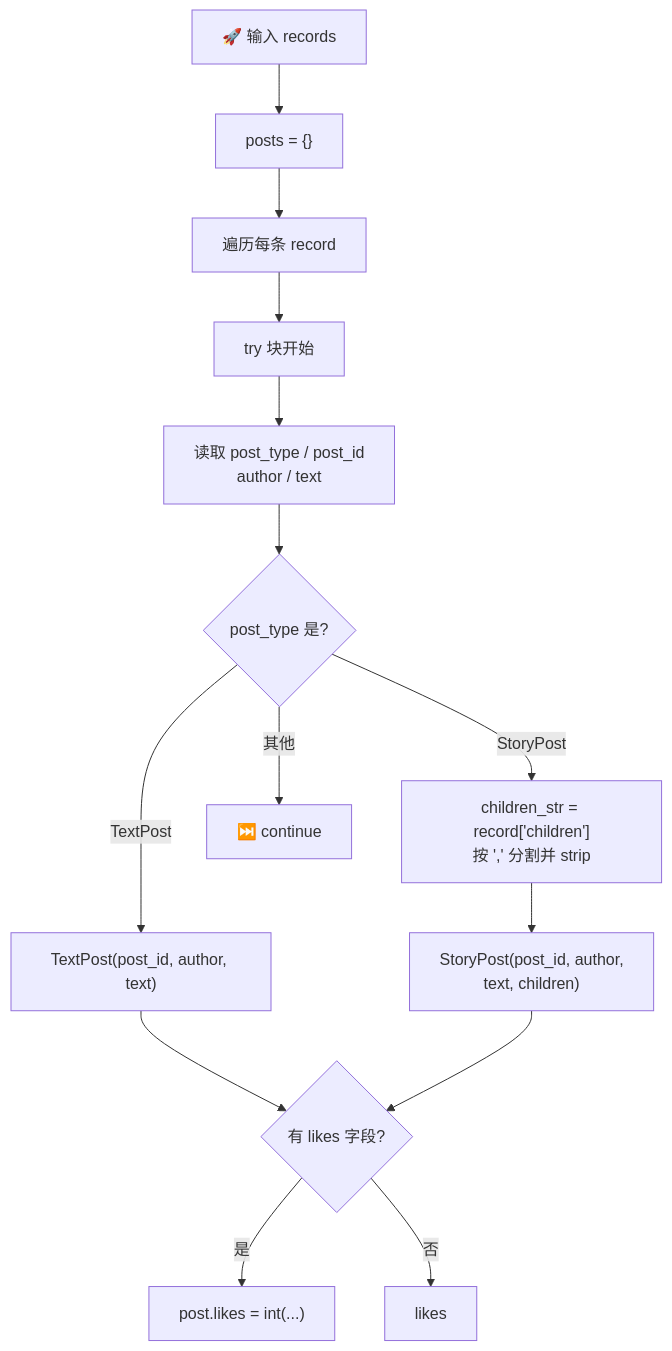
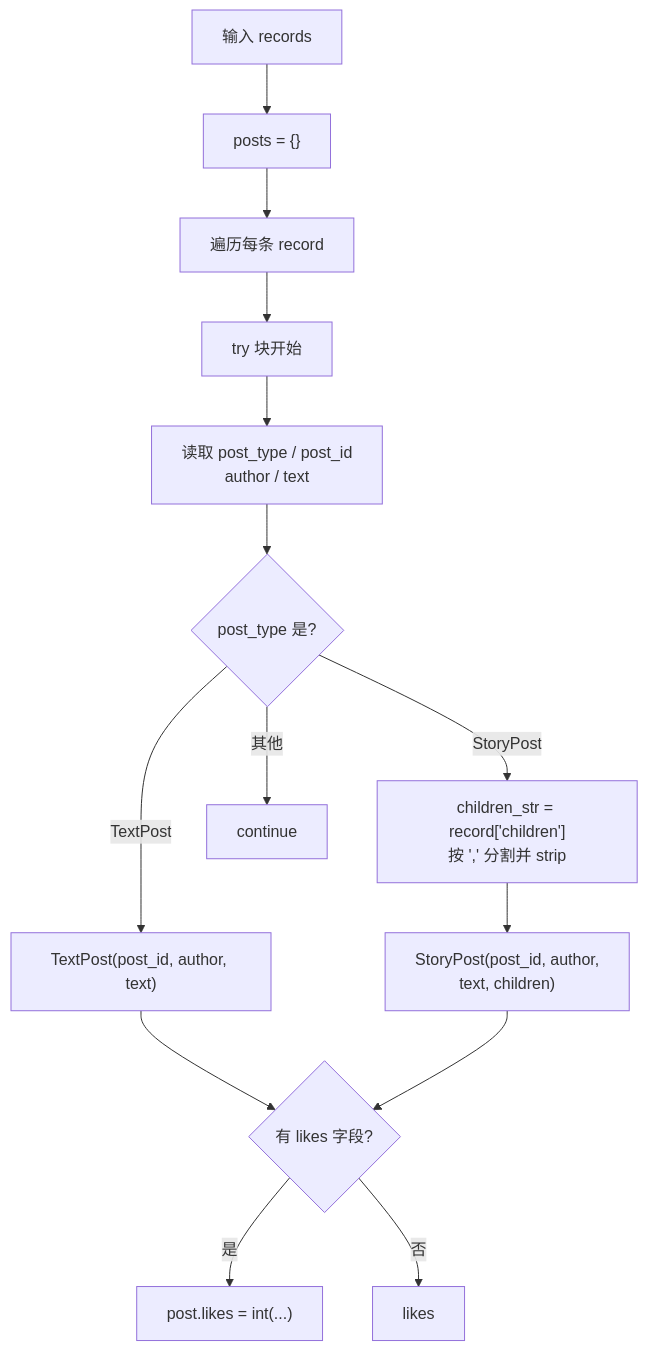
The seventh of 16 diagrams in INFO1110/assessment/INFO 1110 ADVANCE ASSESSMENT.md (Takalahiro/obsidian-vault), drawn with Mermaid before and after one commit. The commit also changed other lines of this file and 37 other files, not shown here.

````diff
--- a/INFO1110/assessment/INFO 1110 ADVANCE ASSESSMENT.md
+++ b/INFO1110/assessment/INFO 1110 ADVANCE ASSESSMENT.md
@@ -245,16 +245,16 @@
 ```mermaid
 flowchart TD
-    A["🚀 输入 records"] --> B["posts = {}"]
-    B --> C["遍历每条 record"]
-    C --> D["try 块开始"]
-    D --> E["读取 post_type / post_id<br/>author / text"]
-    E --> F{"post_type 是?"}
-    F -->|TextPost| G["TextPost(post_id, author, text)"]
-    F -->|StoryPost| H["children_str = record['children']<br/>按 ',' 分割并 strip"]
-    H --> I["StoryPost(post_id, author,<br/>text, children)"]
-    F -->|其他| J["⏭️ continue"]
-    G --> K{"有 likes 字段?"}
-    I --> K
-    K -->|是| L["post.likes = int(...)"]
-    K -->|否| M["likes"]
+ A[" 输入 records"] --> B["posts = {}"]
+ B --> C["遍历每条 record"]
+ C --> D["try 块开始"]
+ D --> E["读取 post_type / post_id<br/>author / text"]
+ E --> F{"post_type 是?"}
+ F -->|TextPost| G["TextPost(post_id, author, text)"]
+ F -->|StoryPost| H["children_str = record['children']<br/>按 ',' 分割并 strip"]
+ H --> I["StoryPost(post_id, author,<br/>text, children)"]
+ F -->|其他| J[" continue"]
+ G --> K{"有 likes 字段?"}
+ I --> K
+ K -->|是| L["post.likes = int(...)"]
+ K -->|否| M["likes"]
 ```
````
